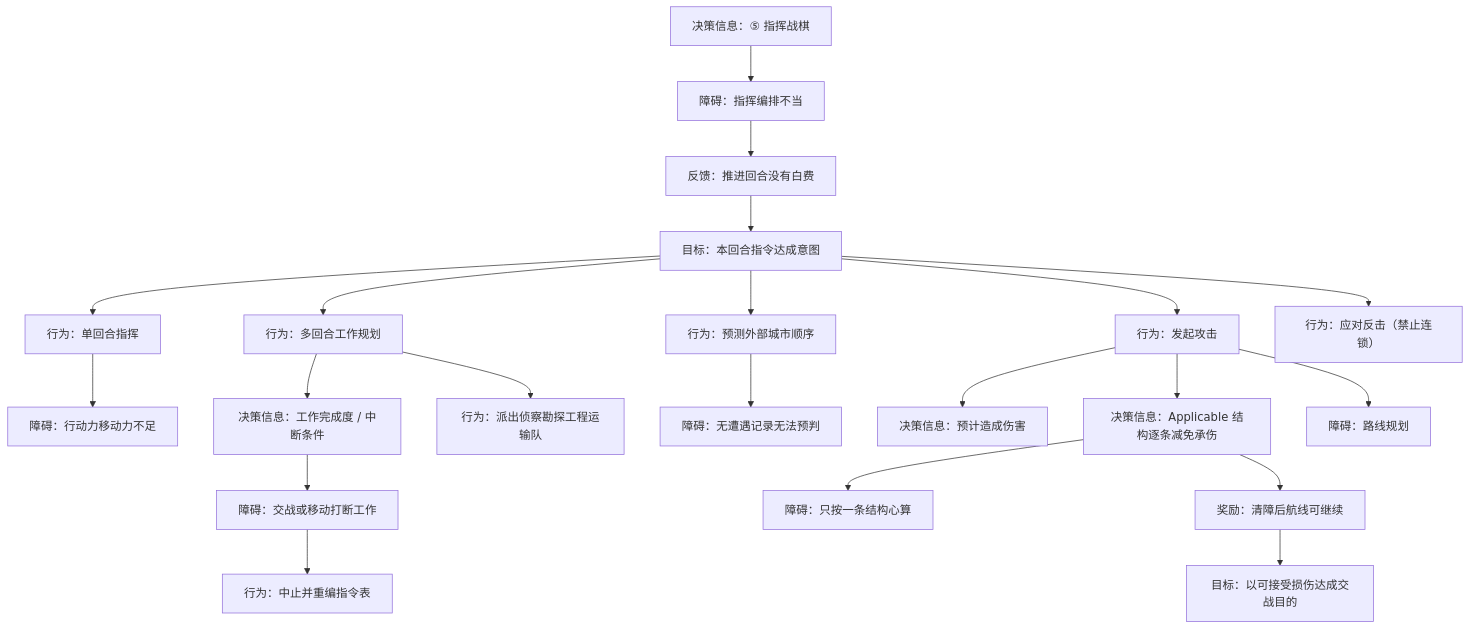
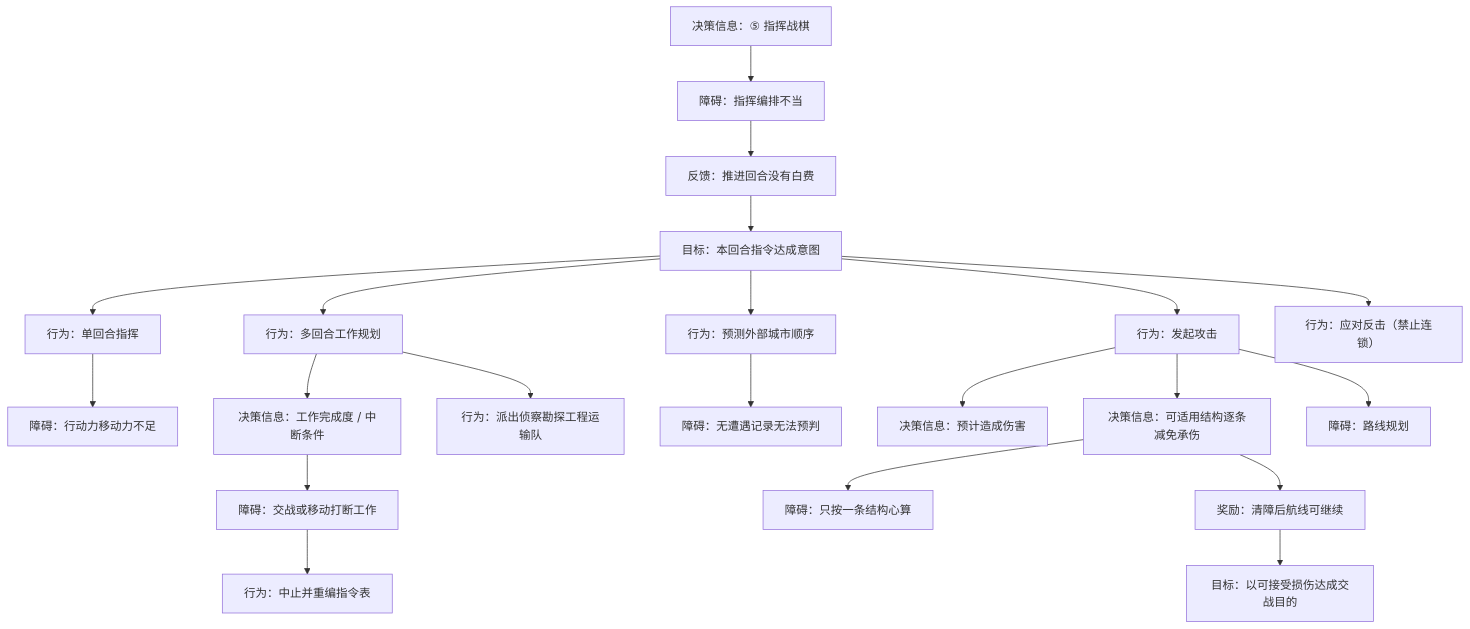
The seventh of 8 diagrams in Docs/01-草稿/交互链-循光之城.md (Estrella6066773/DriveToLight), drawn with Mermaid before and after one commit. The commit also changed other lines of this file and 5 other files, not shown here.

````diff
--- a/Docs/01-草稿/交互链-循光之城.md
+++ b/Docs/01-草稿/交互链-循光之城.md
@@ -559,24 +580,24 @@
 ```mermaid
 flowchart TD
   D5["决策信息：⑤ 指挥战棋"]
   D5 --> O5a["障碍：指挥编排不当"]
   O5a --> F5["反馈：推进回合没有白费"]
   F5 --> G5["目标：本回合指令达成意图"]
   G5 --> A5a["行为：单回合指挥"]
   G5 --> A5b["行为：多回合工作规划"]
   G5 --> A5c["行为：预测外部城市顺序"]
   A5a --> O5a1["障碍：行动力移动力不足"]
   A5b --> D5b["决策信息：工作完成度 / 中断条件"]
   D5b --> O5b["障碍：交战或移动打断工作"]
   O5b --> A5b1["行为：中止并重编指令表"]
   A5b --> A5b2["行为：派出侦察勘探工程运输队"]
   G5 --> A5d["行为：发起攻击"]
   A5d --> D5d1["决策信息：预计造成伤害"]
-  A5d --> D5d2["决策信息：Applicable 结构逐条减免承伤"]
+  A5d --> D5d2["决策信息：可适用结构逐条减免承伤"]
   D5d2 --> O5d["障碍：只按一条结构心算"]
   D5d2 --> R5d["奖励：清障后航线可继续"]
   R5d --> G5d["目标：以可接受损伤达成交战目的"]
   G5 --> A5e["行为：应对反击（禁止连锁）"]
   A5c --> O5c["障碍：无遭遇记录无法预判"]
   A5d --> O_rp5a["障碍：路线规划"]
 ```
````
